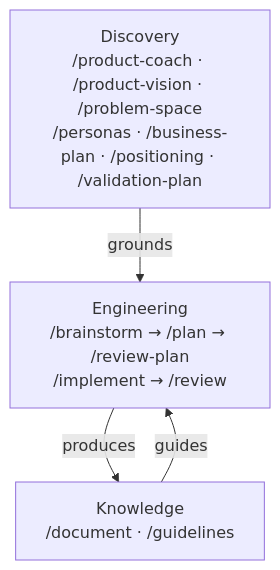
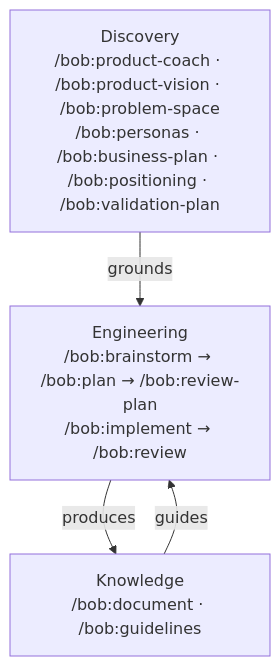
Before and after one commit to bofrese/dot.claude: the diagram in README.md, drawn with Mermaid. The commit also changed other lines of this file and 14 other files, not shown here.

````diff
--- a/README.md
+++ b/README.md
@@ -106,10 +106,10 @@
 ```mermaid
 graph TD
-    D["Discovery<br/>/product-coach · /product-vision · /problem-space<br/>/personas · /business-plan · /positioning · /validation-plan"]
-    E["Engineering<br/>/brainstorm → /plan → /review-plan<br/>/implement → /review"]
-    K["Knowledge<br/>/document · /guidelines"]
+    D["Discovery<br/>/bob:product-coach · /bob:product-vision · /bob:problem-space<br/>/bob:personas · /bob:business-plan · /bob:positioning · /bob:validation-plan"]
+    E["Engineering<br/>/bob:brainstorm → /bob:plan → /bob:review-plan<br/>/bob:implement → /bob:review"]
+    K["Knowledge<br/>/bob:document · /bob:guidelines"]
 
     D -->|grounds| E
     E -->|produces| K
     K -->|guides| E
 ```
````
